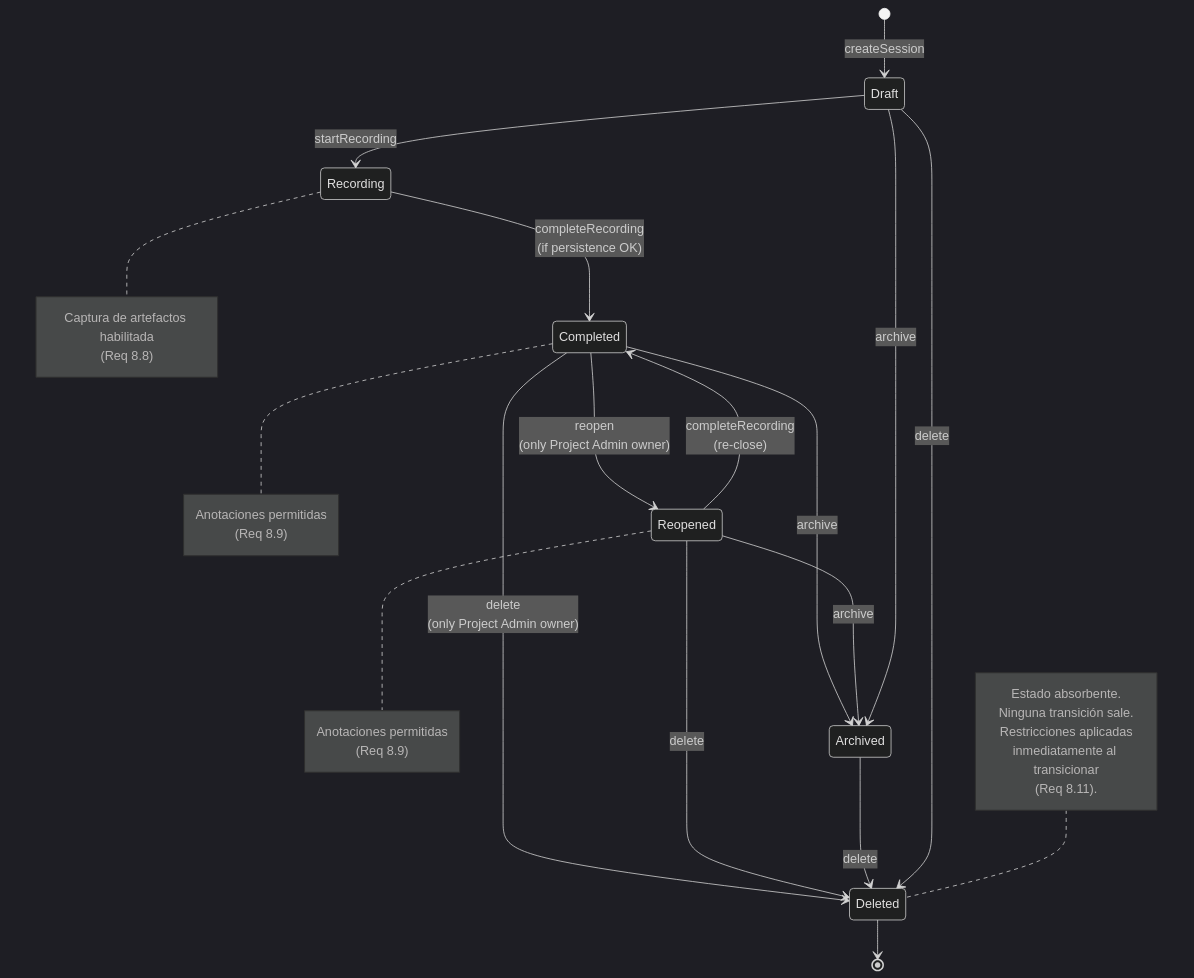
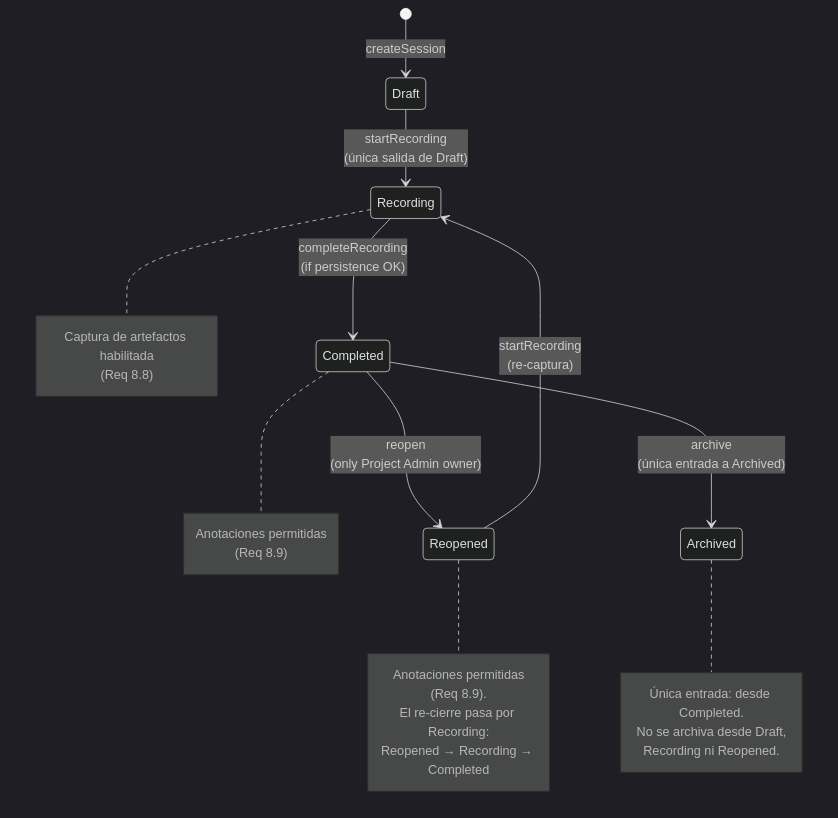
One commit to B-Side-Devs/kiro-app-reviews changed the fifth of 9 diagrams in .kiro/specs/reviews-platform-foundation/design.md. Above: the diagram before and after it, drawn with Mermaid (dark theme). The commit also changed other lines of this file and 3 other files, not shown here.

````diff
--- a/.kiro/specs/reviews-platform-foundation/design.md
+++ b/.kiro/specs/reviews-platform-foundation/design.md
@@ -695,36 +768,29 @@
 ```mermaid
 stateDiagram-v2
     [*] --> Draft: createSession
-    Draft --> Recording: startRecording
+    Draft --> Recording: startRecording<br/>(única salida de Draft)
     Recording --> Completed: completeRecording<br/>(if persistence OK)
     Completed --> Reopened: reopen<br/>(only Project Admin owner)
-    Reopened --> Completed: completeRecording<br/>(re-close)
-    Completed --> Archived: archive
-    Reopened --> Archived: archive
-    Draft --> Archived: archive
-    Completed --> Deleted: delete<br/>(only Project Admin owner)
-    Reopened --> Deleted: delete
-    Archived --> Deleted: delete
-    Draft --> Deleted: delete
-    Deleted --> [*]
+    Reopened --> Recording: startRecording<br/>(re-captura)
+    Completed --> Archived: archive<br/>(única entrada a Archived)
 
     note right of Recording
       Captura de artefactos habilitada
       (Req 8.8)
     end note
     note right of Completed
       Anotaciones permitidas
       (Req 8.9)
     end note
     note right of Reopened
       Anotaciones permitidas
-      (Req 8.9)
+      (Req 8.9).
+      El re-cierre pasa por Recording:
+      Reopened → Recording → Completed
     end note
-    note left of Deleted
-      Estado absorbente.
-      Ninguna transición sale.
-      Restricciones aplicadas
-      inmediatamente al transicionar
-      (Req 8.11).
+    note right of Archived
+      Única entrada: desde Completed.
+      No se archiva desde Draft,
+      Recording ni Reopened.
     end note
 ```
````
